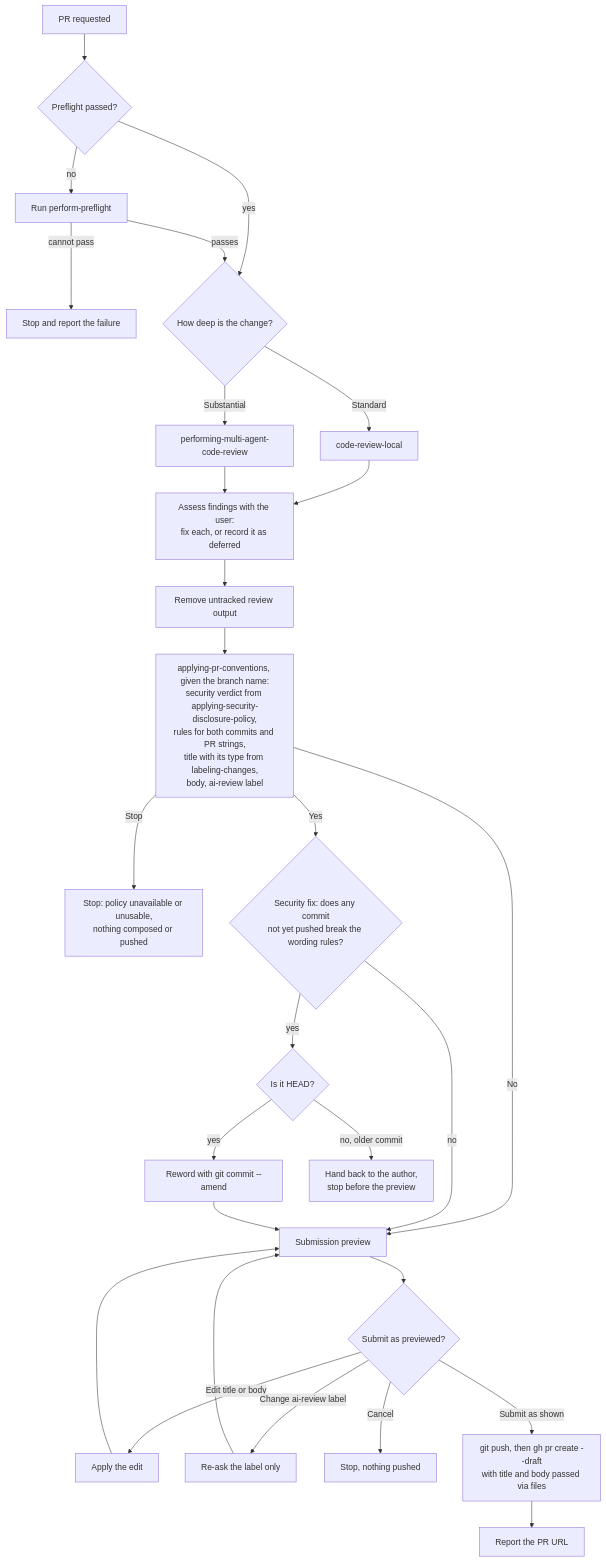
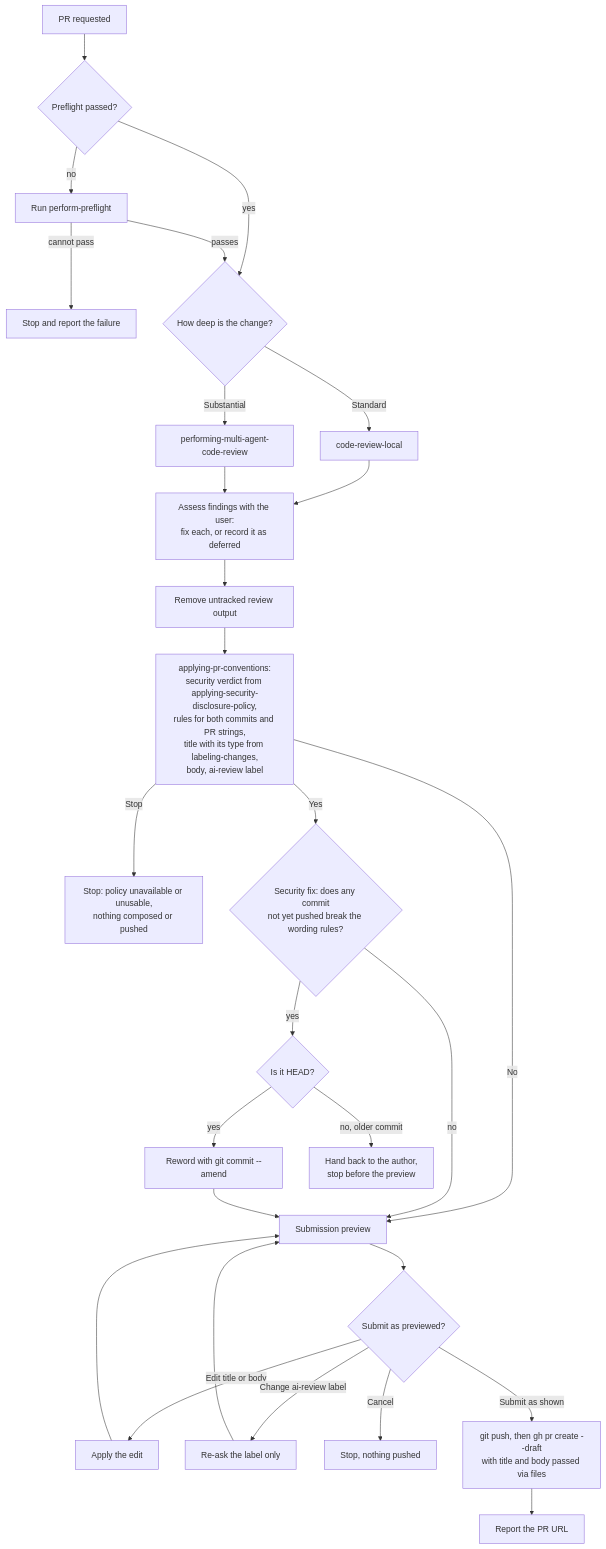
The second of 3 diagrams in plugins/bitwarden-delivery-tools/docs/commit-and-pr-flows.md (bitwarden/ai-plugins), drawn with Mermaid before and after one commit. The commit also changed 2 other files, not shown here.

Commit message:
refactor(bitwarden-delivery-tools): stop passing branch and scope to the disclosure skill
Skill content lands in the same context as its caller, so the branch,
ticket, and what is being composed are already visible to it. Drop the
"pass the branch name" instructions from committing-changes, and let
applying-security-disclosure-policy read the branch itself when the
conversation doesn't have it.

````diff
--- a/plugins/bitwarden-delivery-tools/docs/commit-and-pr-flows.md
+++ b/plugins/bitwarden-delivery-tools/docs/commit-and-pr-flows.md
@@ -50,53 +50,53 @@
 ```mermaid
 graph TD
     start[PR requested]
     preflightDone{Preflight passed?}
     runPreflight[Run perform-preflight]
     preflightFailed[Stop and report the failure]
     depth{How deep is the change?}
     standard[code-review-local]
     substantial[performing-multi-agent-code-review]
     assess[Assess findings with the user:<br/>fix each, or record it as deferred]
     clean[Remove untracked review output]
-    conventions[applying-pr-conventions, given the branch name:<br/>security verdict from applying-security-disclosure-policy,<br/>rules for both commits and PR strings,<br/>title with its type from labeling-changes,<br/>body, ai-review label]
+    conventions[applying-pr-conventions:<br/>security verdict from applying-security-disclosure-policy,<br/>rules for both commits and PR strings,<br/>title with its type from labeling-changes,<br/>body, ai-review label]
     policyStop[Stop: policy unavailable or unusable,<br/>nothing composed or pushed]
     commitCheck{Security fix: does any commit<br/>not yet pushed break the wording rules?}
     whichCommit{Is it HEAD?}
     amend[Reword with git commit --amend]
     handBack[Hand back to the author,<br/>stop before the preview]
     preview[Submission preview]
     confirm{Submit as previewed?}
     edit[Apply the edit]
     relabel[Re-ask the label only]
     cancel[Stop, nothing pushed]
     push[git push, then gh pr create --draft<br/>with title and body passed via files]
     url[Report the PR URL]
 
     start --> preflightDone
     preflightDone -->|yes| depth
     preflightDone -->|no| runPreflight
     runPreflight -->|passes| depth
     runPreflight -->|cannot pass| preflightFailed
     depth -->|Standard| standard
     depth -->|Substantial| substantial
     standard --> assess
     substantial --> assess
     assess --> clean
     clean --> conventions
     conventions -->|No| preview
     conventions -->|Yes| commitCheck
     conventions -->|Stop| policyStop
     commitCheck -->|no| preview
     commitCheck -->|yes| whichCommit
     whichCommit -->|yes| amend
     whichCommit -->|no, older commit| handBack
     amend --> preview
     preview --> confirm
     confirm -->|Submit as shown| push
     confirm -->|Edit title or body| edit
     confirm -->|Change ai-review label| relabel
     confirm -->|Cancel| cancel
     edit --> preview
     relabel --> preview
     push --> url
 ```
````
